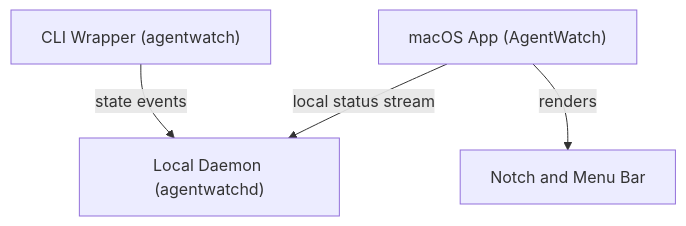
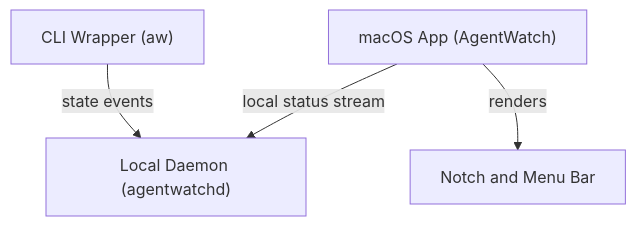
One commit to prasetyobu21/agentwatch changed the diagram in README.md. Above: the diagram before and after it, drawn with Mermaid. The commit also changed other lines of this file and 5 other files, not shown here.

Commit message:
Rename CLI wrapper to aw

````diff
--- a/README.md
+++ b/README.md
@@ -194,6 +194,6 @@
 ```mermaid
 graph TD
-    A["CLI Wrapper (agentwatch)"] -- "state events" --> B["Local Daemon (agentwatchd)"]
+    A["CLI Wrapper (aw)"] -- "state events" --> B["Local Daemon (agentwatchd)"]
     C["macOS App (AgentWatch)"] -- "local status stream" --> B
     C -- "renders" --> D["Notch and Menu Bar"]
 ```
````
